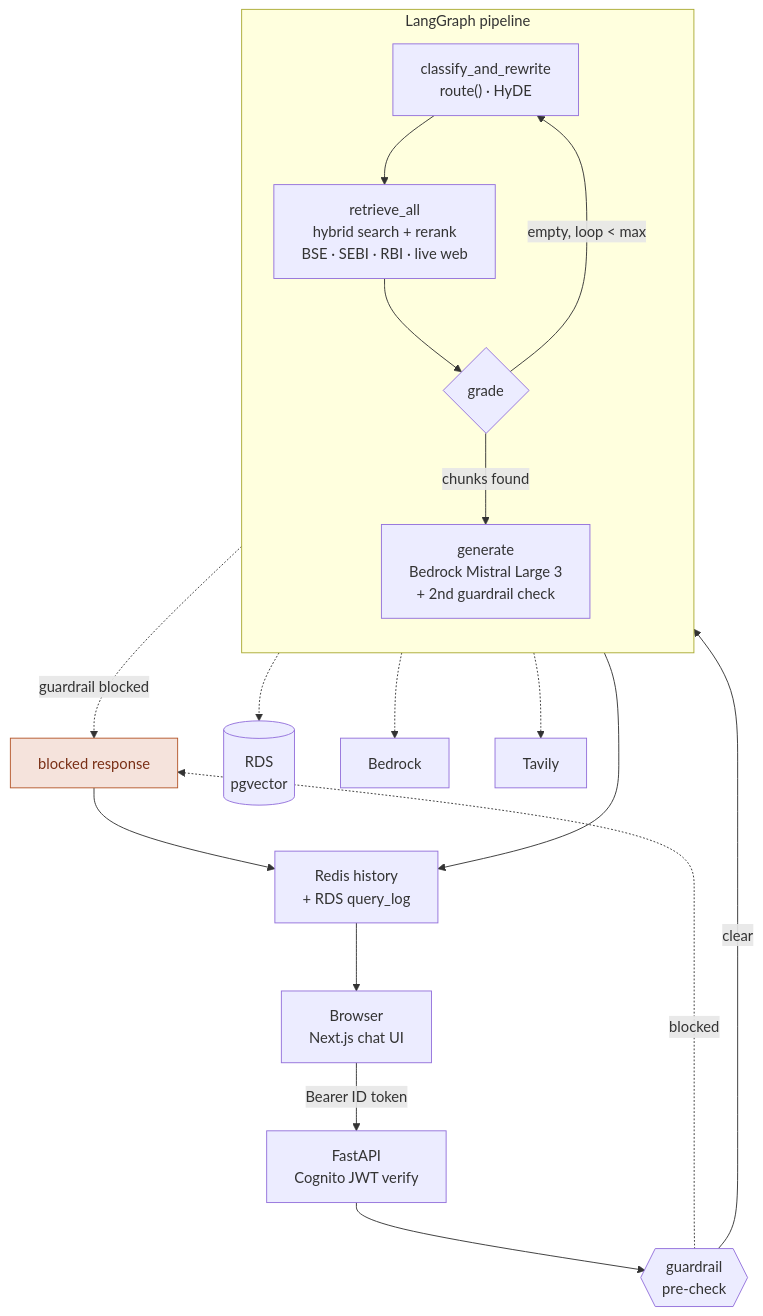
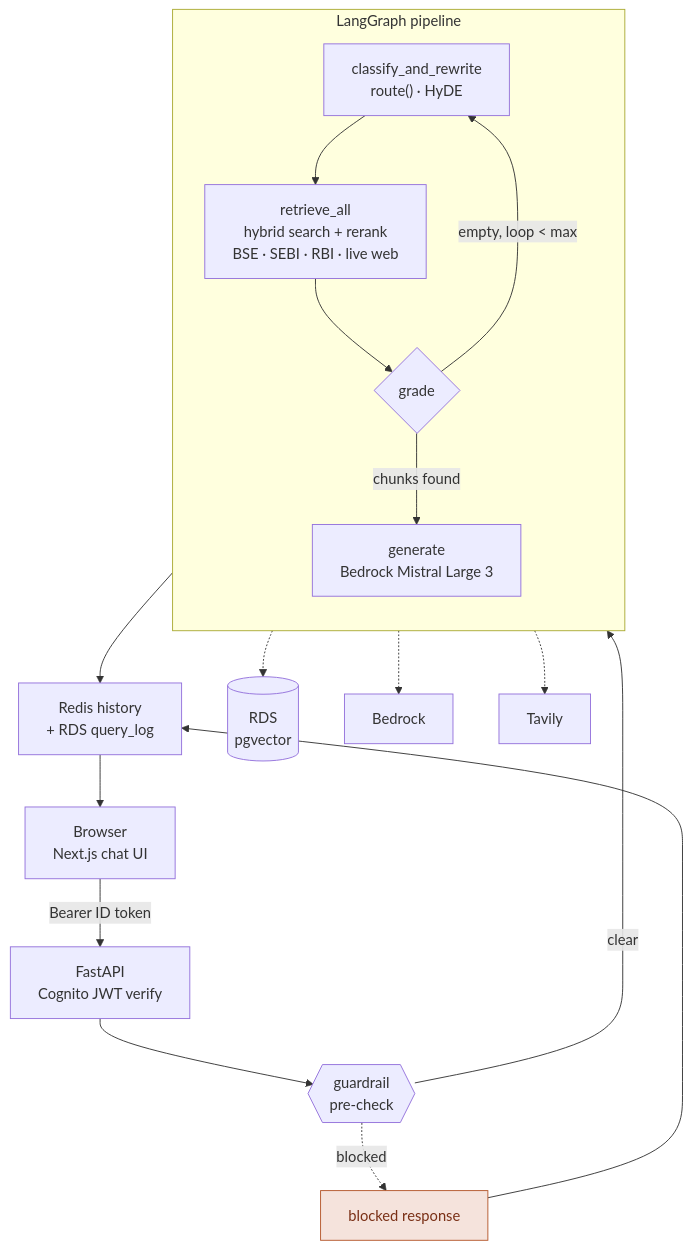
Before and after one commit to Anand09-in/vyom: the diagram in README.md, drawn with Mermaid. The commit also changed other lines of this file and 29 other files, not shown here.

````diff
--- a/README.md
+++ b/README.md
@@ -31,36 +30,35 @@
 ```mermaid
 flowchart TD
     Browser["Browser<br/>Next.js chat UI"]
     API["FastAPI<br/>Cognito JWT verify"]
     Precheck{{"guardrail<br/>pre-check"}}
     Blocked["blocked response"]
 
     subgraph Pipeline["LangGraph pipeline"]
         direction TB
         Classify["classify_and_rewrite<br/>route() · HyDE"]
         Retrieve["retrieve_all<br/>hybrid search + rerank<br/>BSE · SEBI · RBI · live web"]
         Grade{"grade"}
-        Generate["generate<br/>Bedrock Mistral Large 3<br/>+ 2nd guardrail check"]
+        Generate["generate<br/>Bedrock Mistral Large 3"]
         Classify --> Retrieve --> Grade
         Grade -->|"empty, loop < max"| Classify
         Grade -->|"chunks found"| Generate
     end
 
     Store["Redis history<br/>+ RDS query_log"]
 
     Browser -->|"Bearer ID token"| API --> Precheck
     Precheck -->|clear| Pipeline
     Precheck -.->|blocked| Blocked
-    Generate -.->|guardrail blocked| Blocked
     Pipeline --> Store --> Browser
     Blocked --> Store
 
     RDS[("RDS<br/>pgvector")]
     Bedrock["Bedrock"]
     Tavily["Tavily"]
     Retrieve -.-> RDS & Tavily
     Generate -.-> Bedrock
 
     classDef blocked fill:#f5e3dc,stroke:#b4562a,color:#7a3016
     class Blocked blocked
 ```
````
